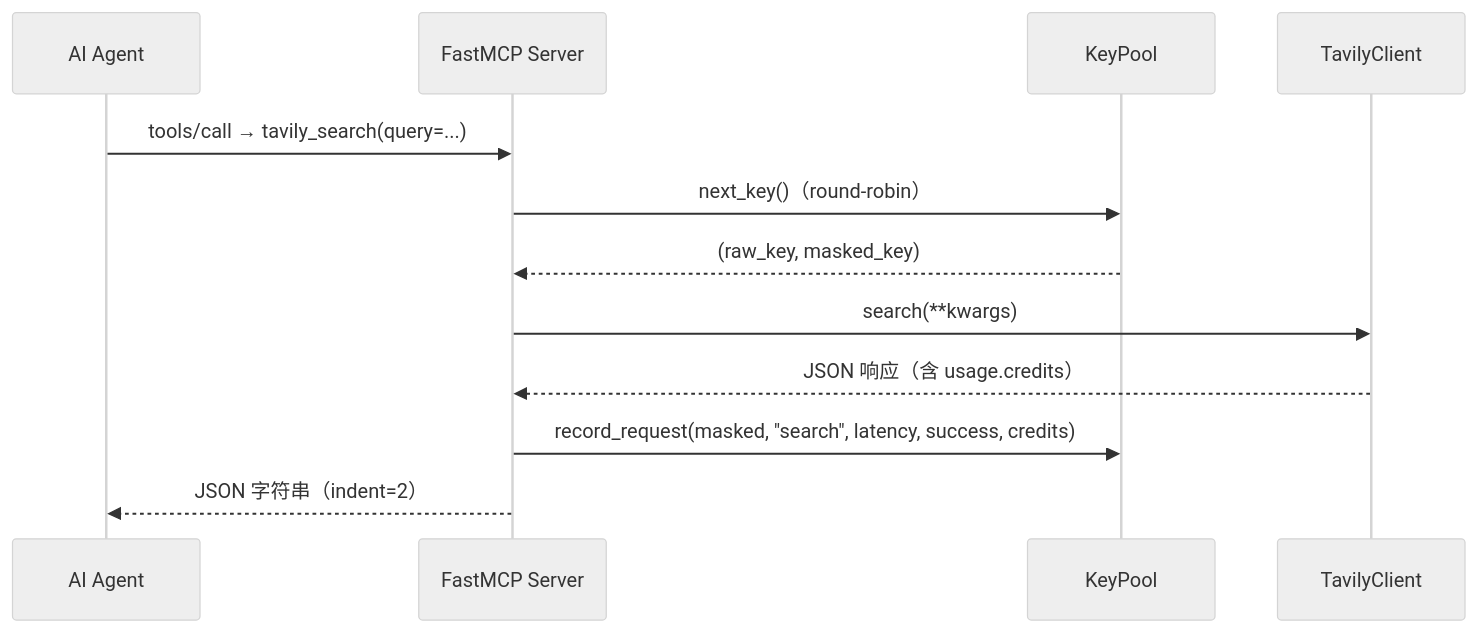
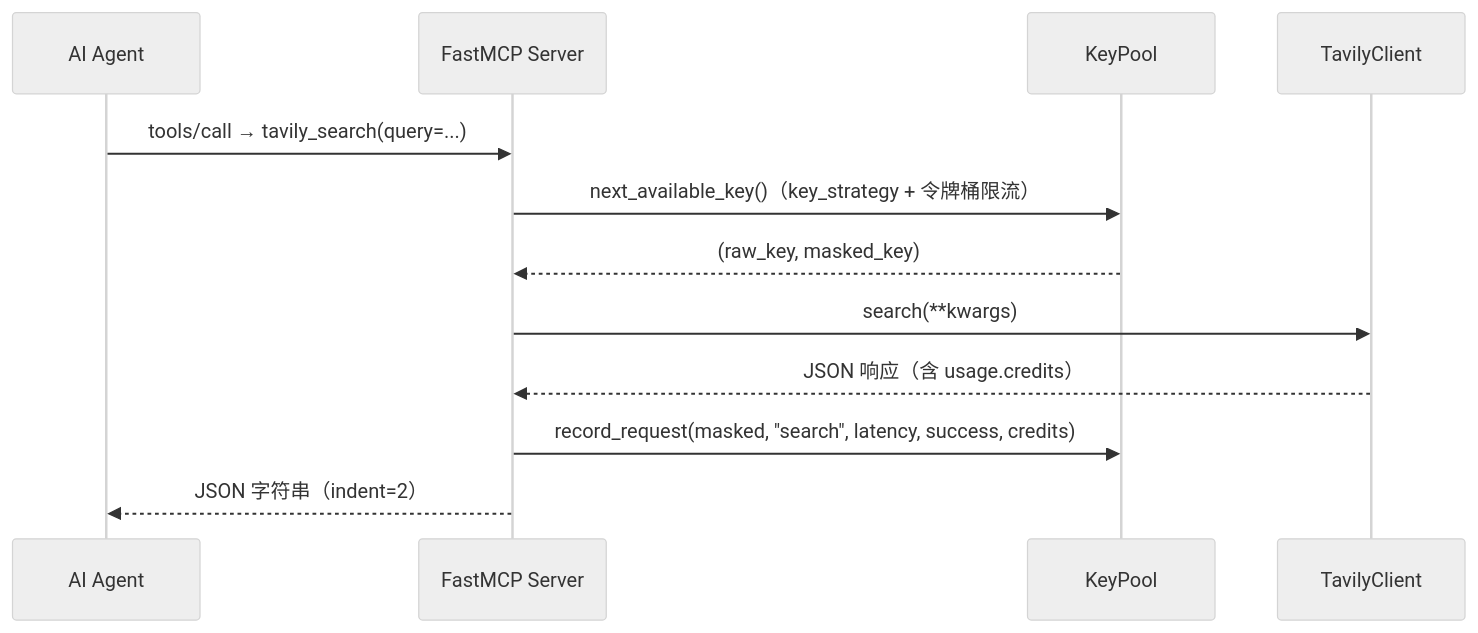
Before and after one commit to zylyes/tavily-key: the second of 2 diagrams in docs/wiki/核心功能/MCP工具集.md, drawn with Mermaid (neutral theme). The commit also changed other lines of this file and 16 other files, not shown here.

````diff
--- a/docs/wiki/核心功能/MCP工具集.md
+++ b/docs/wiki/核心功能/MCP工具集.md
@@ -445,15 +475,15 @@
 ```mermaid
 sequenceDiagram
     participant Agent as AI Agent
     participant Server as FastMCP Server
     participant Pool as KeyPool
     participant Client as TavilyClient
 
     Agent->>Server: tools/call → tavily_search(query=...)
-    Server->>Pool: next_key()（round-robin）
+    Server->>Pool: next_available_key()（key_strategy + 令牌桶限流）
     Pool-->>Server: (raw_key, masked_key)
     Server->>Client: search(**kwargs)
     Client-->>Server: JSON 响应（含 usage.credits）
     Server->>Pool: record_request(masked, "search", latency, success, credits)
     Server-->>Agent: JSON 字符串（indent=2）
 ```
````
